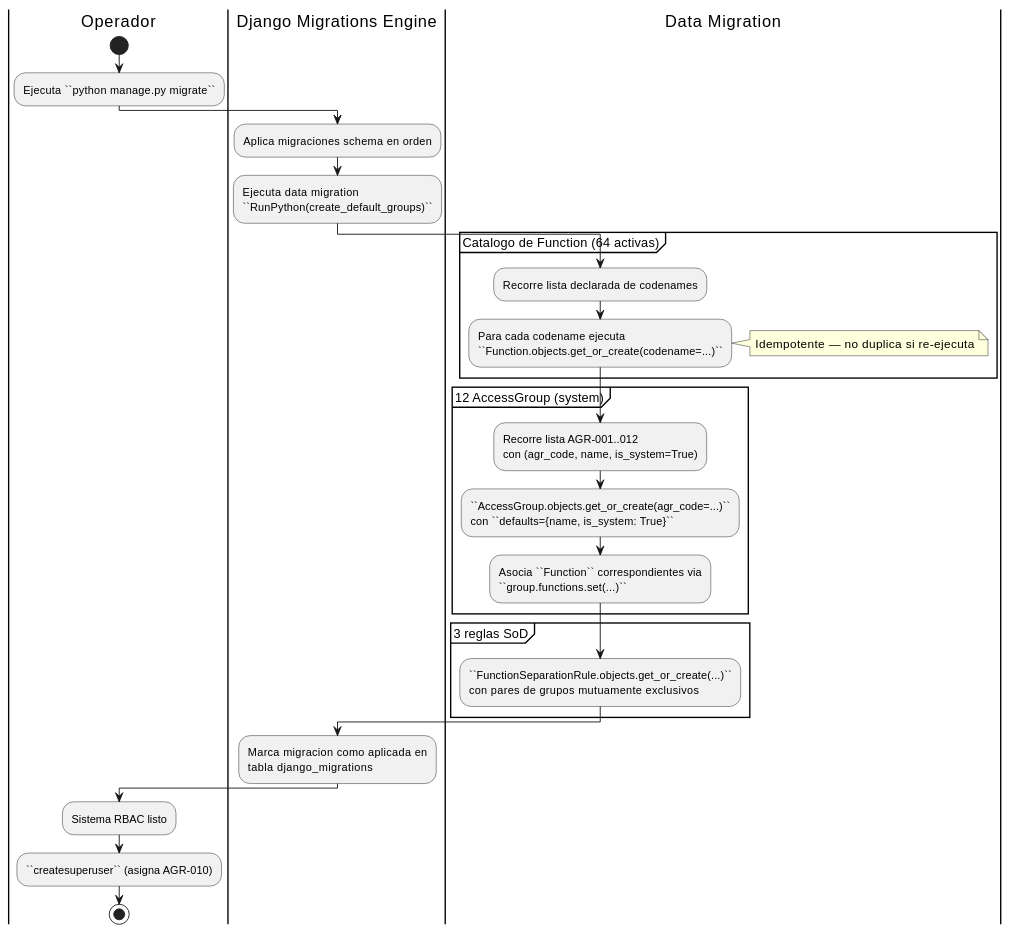
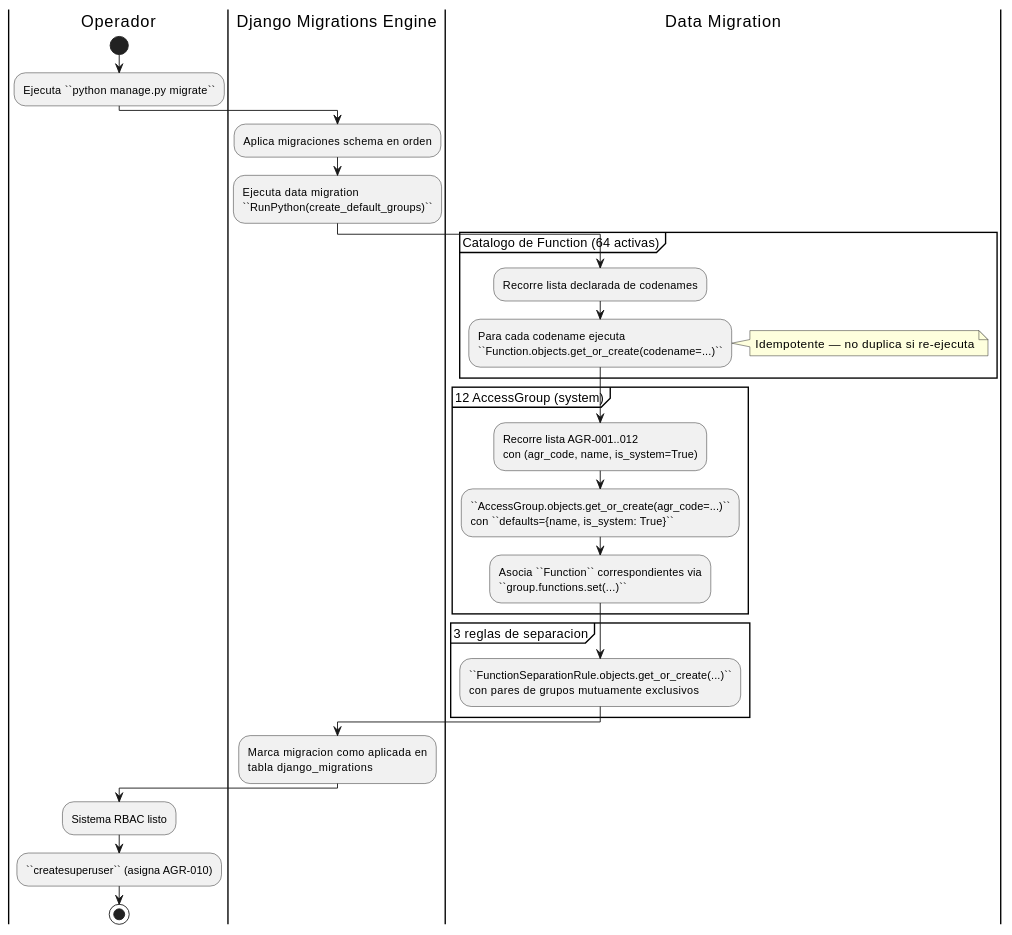
The first of 2 diagrams in source/arquitectura-tecnica/rbac/modelo-rbac-iact/diagramas/bootstrap-grupos-predefinidos.rst (jcg-admin/IACT-docs), drawn with PlantUML before and after one commit. The commit also changed other lines of this file and 32 other files, not shown here.

```diff
--- a/source/arquitectura-tecnica/rbac/modelo-rbac-iact/diagramas/bootstrap-grupos-predefinidos.rst
+++ b/source/arquitectura-tecnica/rbac/modelo-rbac-iact/diagramas/bootstrap-grupos-predefinidos.rst
@@ -108,41 +108,41 @@
 .. uml::
- :caption: Bootstrap de los 12 AGR + 64 Function activas + 3 SoD durante ``python manage.py migrate``.
+ :caption: Bootstrap de los 12 AGR + 64 Function activas + 3 reglas de separacion durante ``python manage.py migrate``.
 
  @startuml
 
  |Operador|
  start
  :Ejecuta ``python manage.py migrate``;
 
  |Django Migrations Engine|
  :Aplica migraciones schema en orden;
  :Ejecuta data migration\n``RunPython(create_default_groups)``;
 
  |Data Migration|
  partition "Catalogo de Function (64 activas)" {
    :Recorre lista declarada de codenames;
    :Para cada codename ejecuta\n``Function.objects.get_or_create(codename=...)``;
    note right
      Idempotente — no duplica si re-ejecuta
    end note
  }
 
  partition "12 AccessGroup (system)" {
    :Recorre lista AGR-001..012\ncon (agr_code, name, is_system=True);
    :``AccessGroup.objects.get_or_create(agr_code=...)``\ncon ``defaults={name, is_system: True}``;
    :Asocia ``Function`` correspondientes via\n``group.functions.set(...)``;
  }
 
- partition "3 reglas SoD" {
+ partition "3 reglas de separacion" {
    :``FunctionSeparationRule.objects.get_or_create(...)``\ncon pares de grupos mutuamente exclusivos;
  }
 
  |Django Migrations Engine|
  :Marca migracion como aplicada en\ntabla django_migrations;
 
  |Operador|
  :Sistema RBAC listo;
  :``createsuperuser`` (asigna AGR-010);
  stop
 
  @enduml
```
